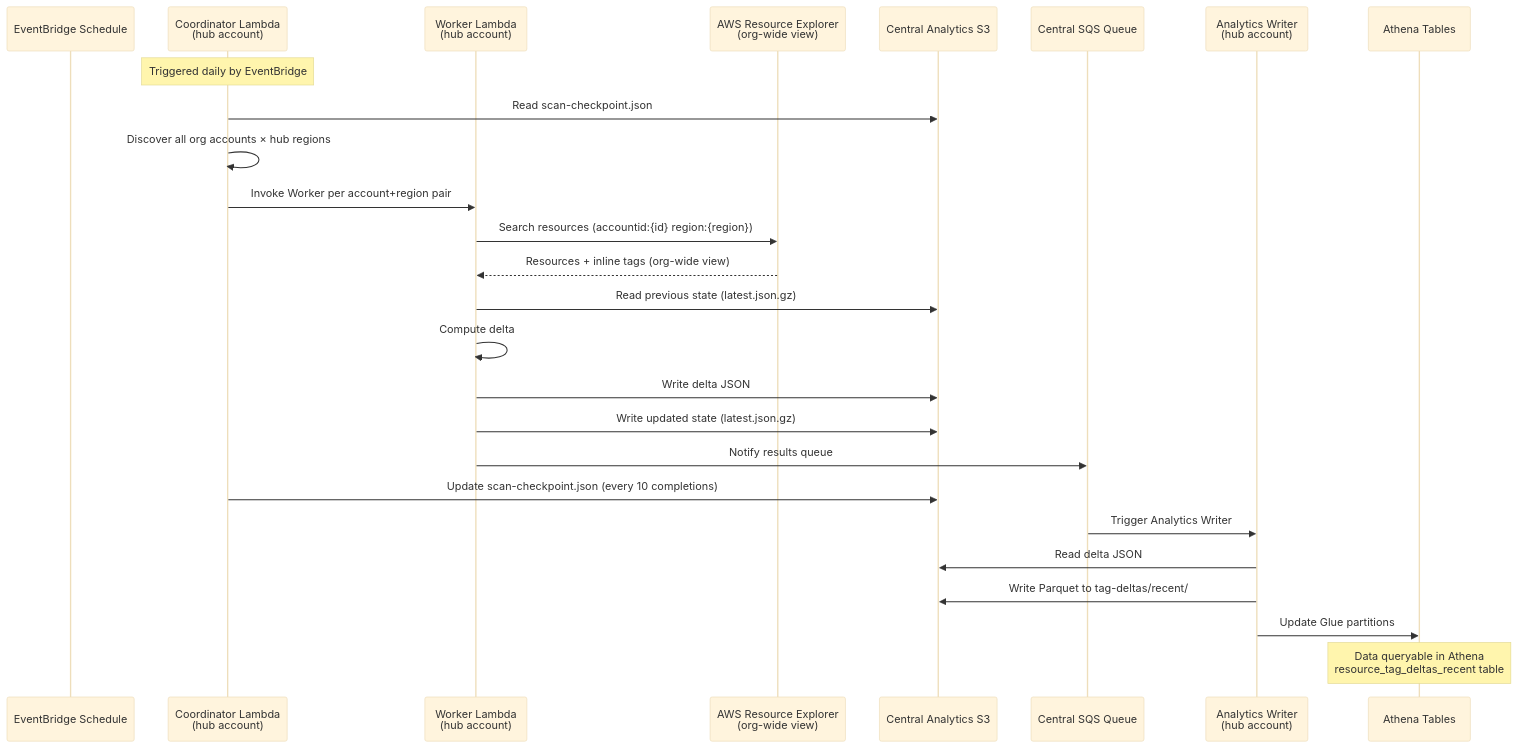
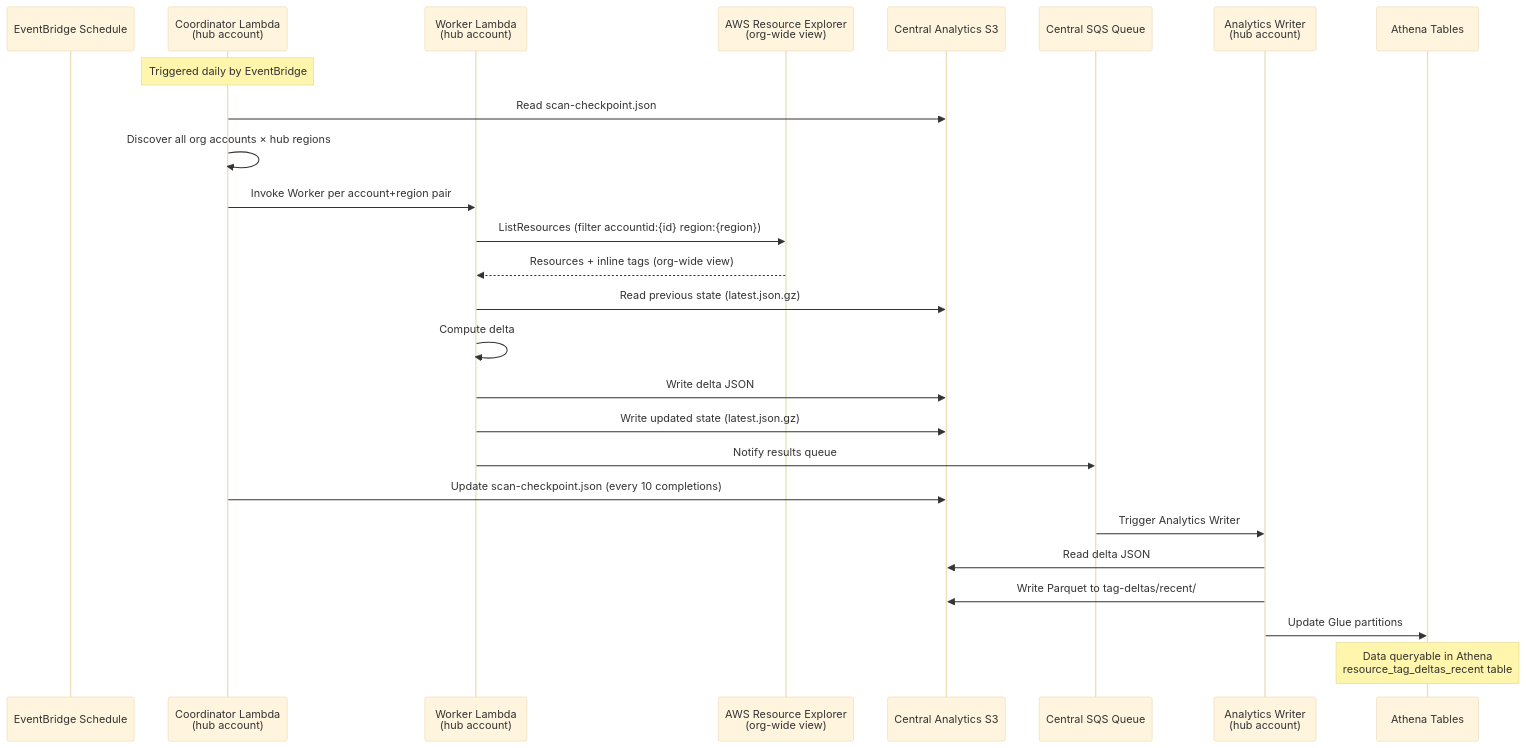
One commit to aws-samples/sample-multi-account-tag-governance-insights changed the first of 4 diagrams in docs/ORCHESTRATION.md. Above: the diagram before and after it, drawn with Mermaid (base theme). The commit also changed other lines of this file and 41 other files, not shown here.

````diff
--- a/docs/ORCHESTRATION.md
+++ b/docs/ORCHESTRATION.md
@@ -10,34 +10,34 @@
 ```mermaid
 sequenceDiagram
     participant EB as EventBridge Schedule
     participant CO as Coordinator Lambda<br/>(hub account)
     participant WK as Worker Lambda<br/>(hub account)
     participant RE as AWS Resource Explorer<br/>(org-wide view)
     participant S3 as Central Analytics S3
     participant SQS as Central SQS Queue
     participant AW as Analytics Writer<br/>(hub account)
     participant AT as Athena Tables
 
     Note over CO: Triggered daily by EventBridge
 
     CO->>S3: Read scan-checkpoint.json
     CO->>CO: Discover all org accounts × hub regions
     CO->>WK: Invoke Worker per account+region pair
 
-    WK->>RE: Search resources (accountid:{id} region:{region})
+    WK->>RE: ListResources (filter accountid:{id} region:{region})
     RE-->>WK: Resources + inline tags (org-wide view)
     WK->>S3: Read previous state (latest.json.gz)
     WK->>WK: Compute delta
     WK->>S3: Write delta JSON
     WK->>S3: Write updated state (latest.json.gz)
     WK->>SQS: Notify results queue
 
     CO->>S3: Update scan-checkpoint.json (every 10 completions)
 
     SQS->>AW: Trigger Analytics Writer
     AW->>S3: Read delta JSON
     AW->>S3: Write Parquet to tag-deltas/recent/
     AW->>AT: Update Glue partitions
 
     Note over AT: Data queryable in Athena<br/>resource_tag_deltas_recent table
 ```
````
